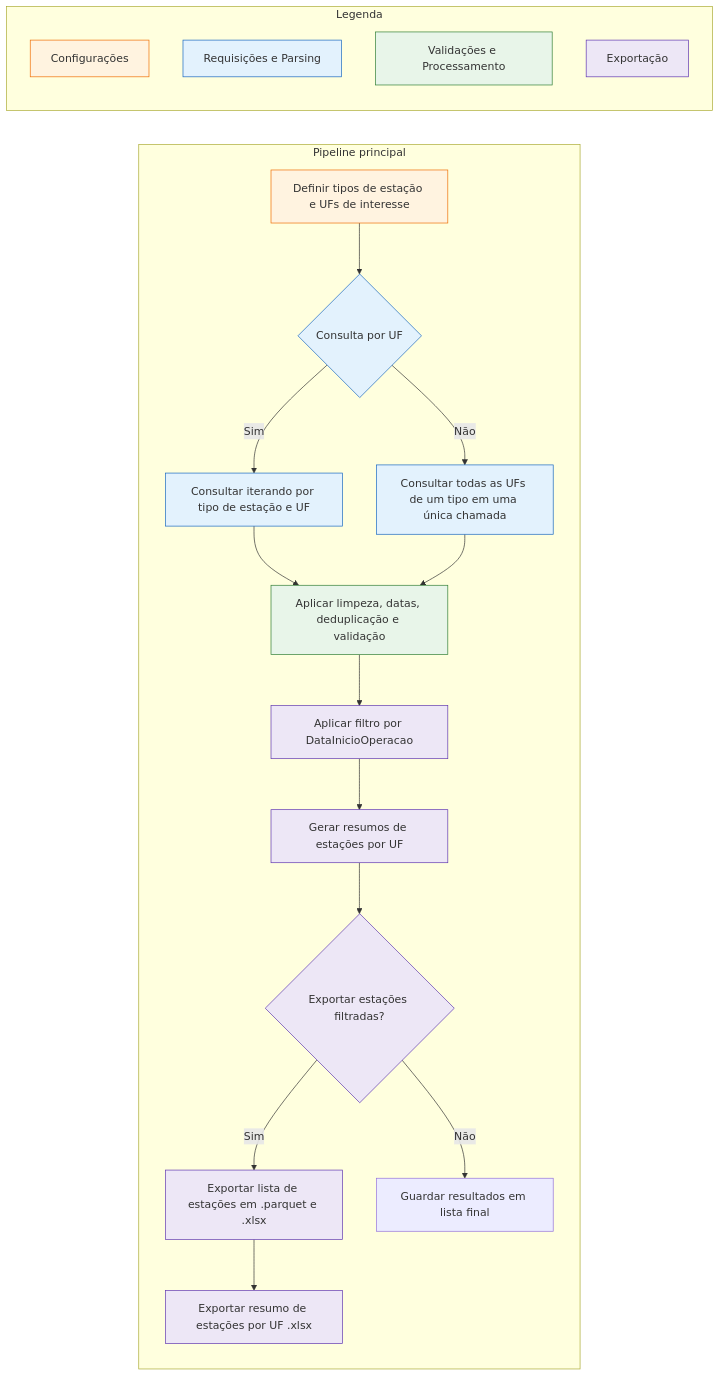
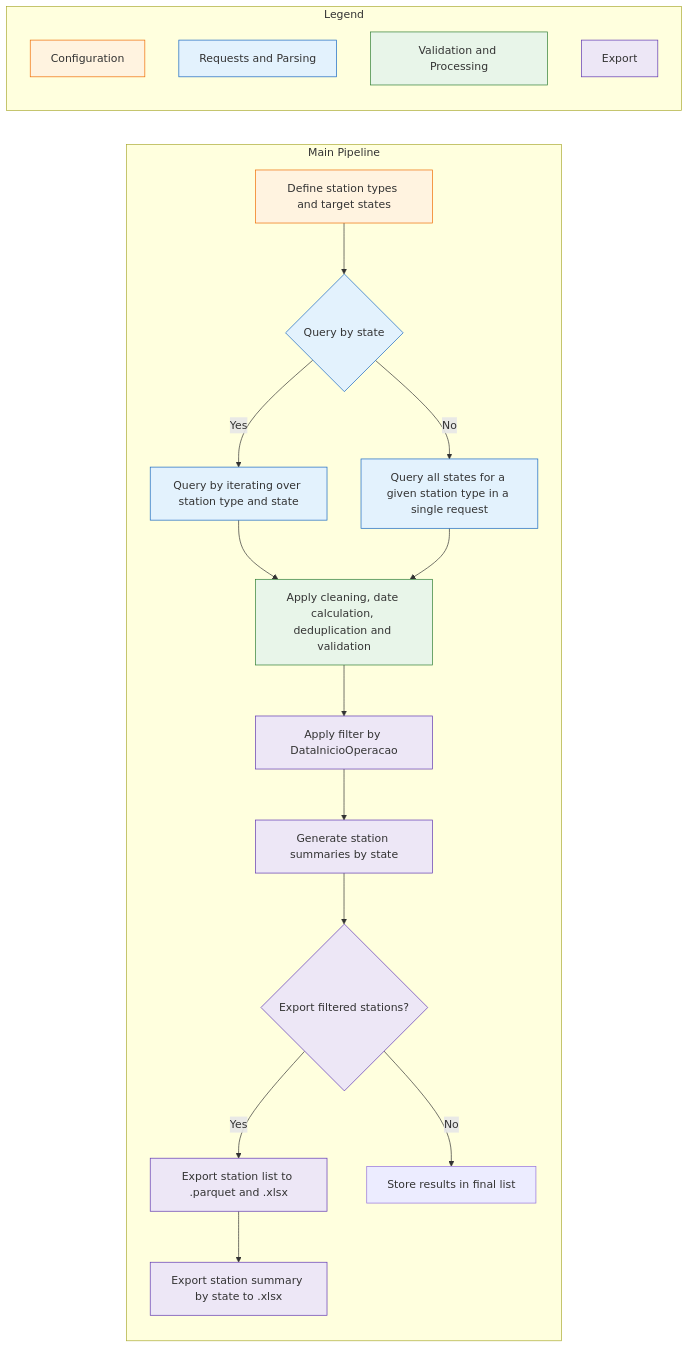
One commit to cidacslab/plataforma-clima-ambiente-readthedocs changed the fourth of 4 diagrams in docs/source/ana_data.rst. Above: the diagram before and after it, drawn with Mermaid. The commit also changed other lines of this file and 7 other files, not shown here.

```diff
--- a/docs/source/ana_data.rst
+++ b/docs/source/ana_data.rst
@@ -291,38 +269,37 @@
 .. mermaid::
   flowchart LR
-    subgraph S8["Pipeline principal"]
-      H0["Definir tipos de estação e UFs de interesse"]:::configCode
-      H1{"Consulta por UF"}:::reqCode
-          H1h1["Consultar iterando por tipo de estação e UF"]:::reqCode
-          H1h2["Consultar todas as UFs de um tipo em uma única chamada"]:::reqCode
-      H2["Aplicar limpeza, datas, deduplicação e validação"]:::validacao
-      H3["Aplicar filtro por DataInicioOperacao"]:::exportacao
-      H4["Gerar resumos de estações por UF"]:::exportacao
-      H5{"Exportar estações filtradas?"}:::exportacao
-        H5h1["Exportar lista de estações em .parquet e .xlsx"]:::exportacao
-        H5h2["Exportar resumo de estações por UF .xlsx"]:::exportacao
-      H6["Guardar resultados em lista final"]
-      %%Conexoes internas
+    subgraph S8["Main Pipeline"]
+      H0["Define station types and target states"]:::configCode
+      H1{"Query by state"}:::reqCode
+          H1h1["Query by iterating over station type and state"]:::reqCode
+          H1h2["Query all states for a given station type in a single request"]:::reqCode
+      H2["Apply cleaning, date calculation, deduplication and validation"]:::validacao
+      H3["Apply filter by DataInicioOperacao"]:::exportacao
+      H4["Generate station summaries by state"]:::exportacao
+      H5{"Export filtered stations?"}:::exportacao
+        H5h1["Export station list to .parquet and .xlsx"]:::exportacao
+        H5h2["Export station summary by state to .xlsx"]:::exportacao
+      H6["Store results in final list"]
+
+      %% Internal connections
       H0 --> H1
-      H1 -- "Sim" --> H1h1 --> H2
-      H1 -- "Não" --> H1h2 --> H2
+      H1 -- "Yes" --> H1h1 --> H2
+      H1 -- "No" --> H1h2 --> H2
       H2 --> H3 --> H4 --> H5
-      H5 --"Sim" --> H5h1 --> H5h2
-      H5 --"Não" --> H6
+      H5 -- "Yes" --> H5h1 --> H5h2
+      H5 -- "No" --> H6
     end
 
-    %% Subgraph de legenda
-    subgraph LEG["Legenda"]
-        L1["Configurações"]:::configCode
-        L2["Requisições e Parsing"]:::reqCode
-        L3["Validações e Processamento"]:::validacao
-        L4["Exportação"]:::exportacao
+    %% Legend subgraph
+    subgraph LEG["Legend"]
+        L1["Configuration"]:::configCode
+        L2["Requests and Parsing"]:::reqCode
+        L3["Validation and Processing"]:::validacao
+        L4["Export"]:::exportacao
     end
 
-    %% Conexões entre secoes via node
-
-    %% Paleta de cores
+    %% Color palette
     classDef configCode fill:#fff3e0,stroke:#ef6c00;
     classDef reqCode fill:#e3f2fd,stroke:#1565c0;
     classDef validacao fill:#e8f5e9,stroke:#2e7d32;
     classDef exportacao fill:#ede7f6,stroke:#5e35b1;
```
